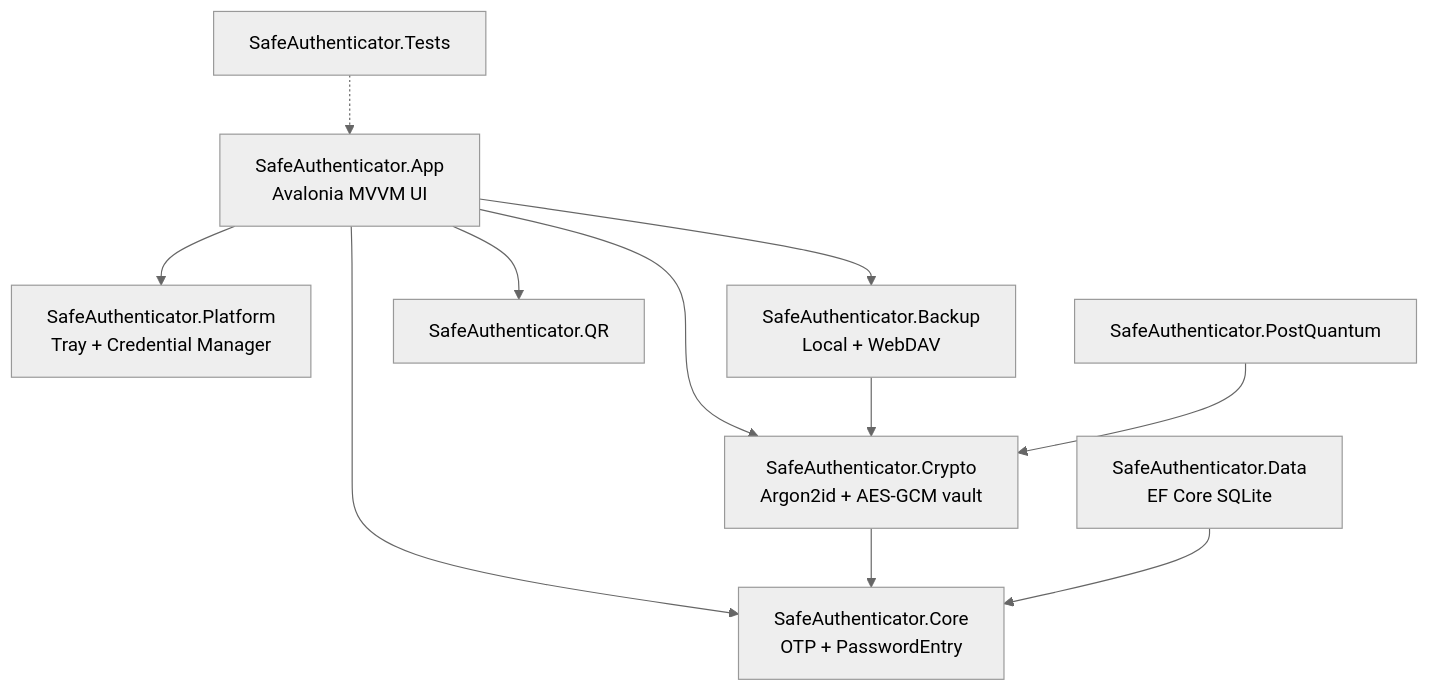
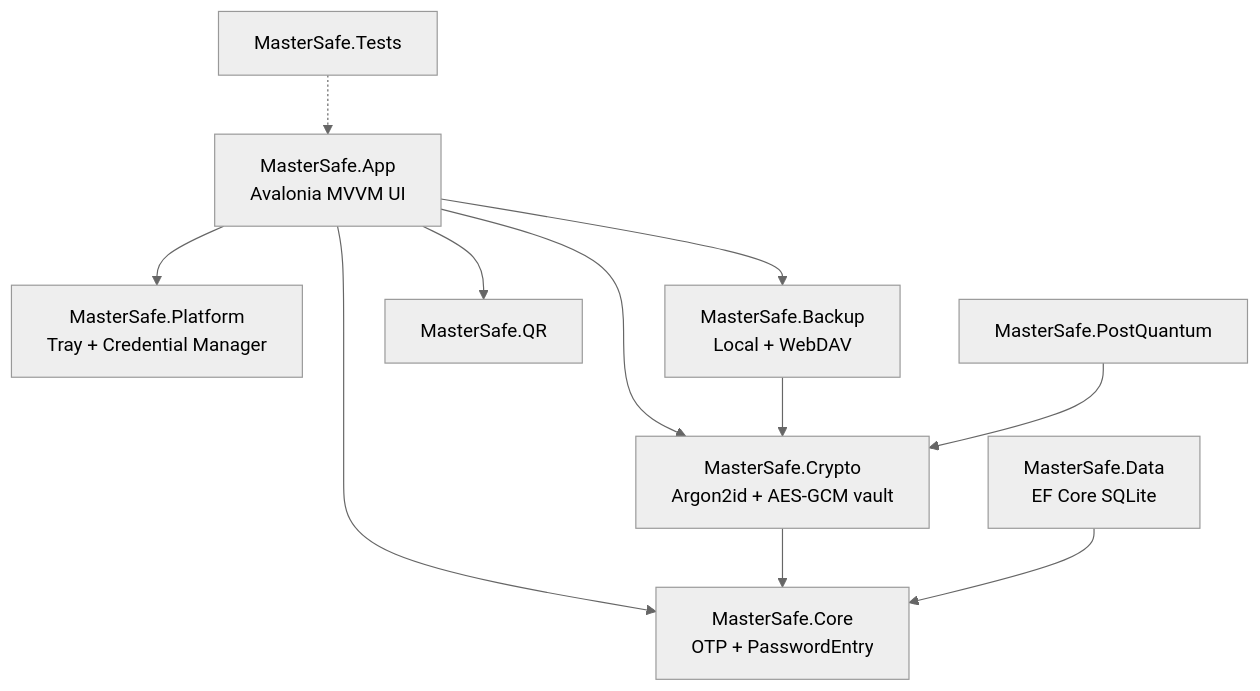
The first of 5 diagrams in docs/Documentation.md (GabrielVergara/MasterSafeAuthenticator), drawn with Mermaid (neutral theme) before and after one commit. The commit also changed other lines of this file and 235 other files, not shown here.

First line of the commit message:
Rename product to MasterSafe Authenticator, add logo, splash and license

````diff
--- a/docs/Documentation.md
+++ b/docs/Documentation.md
@@ -11,13 +11,13 @@
 ```mermaid
 flowchart TD
-    App[SafeAuthenticator.App<br/>Avalonia MVVM UI] --> Core[SafeAuthenticator.Core<br/>OTP + PasswordEntry]
-    App --> Crypto[SafeAuthenticator.Crypto<br/>Argon2id + AES-GCM vault]
-    App --> Platform[SafeAuthenticator.Platform<br/>Tray + Credential Manager]
-    App --> Backup[SafeAuthenticator.Backup<br/>Local + WebDAV]
-    App --> QR[SafeAuthenticator.QR]
+    App[MasterSafe.App<br/>Avalonia MVVM UI] --> Core[MasterSafe.Core<br/>OTP + PasswordEntry]
+    App --> Crypto[MasterSafe.Crypto<br/>Argon2id + AES-GCM vault]
+    App --> Platform[MasterSafe.Platform<br/>Tray + Credential Manager]
+    App --> Backup[MasterSafe.Backup<br/>Local + WebDAV]
+    App --> QR[MasterSafe.QR]
     Crypto --> Core
     Backup --> Crypto
-    Data[SafeAuthenticator.Data<br/>EF Core SQLite] --> Core
-    PQ[SafeAuthenticator.PostQuantum] --> Crypto
-    Tests[SafeAuthenticator.Tests] -.-> App
+    Data[MasterSafe.Data<br/>EF Core SQLite] --> Core
+    PQ[MasterSafe.PostQuantum] --> Crypto
+    Tests[MasterSafe.Tests] -.-> App
 ```
````
